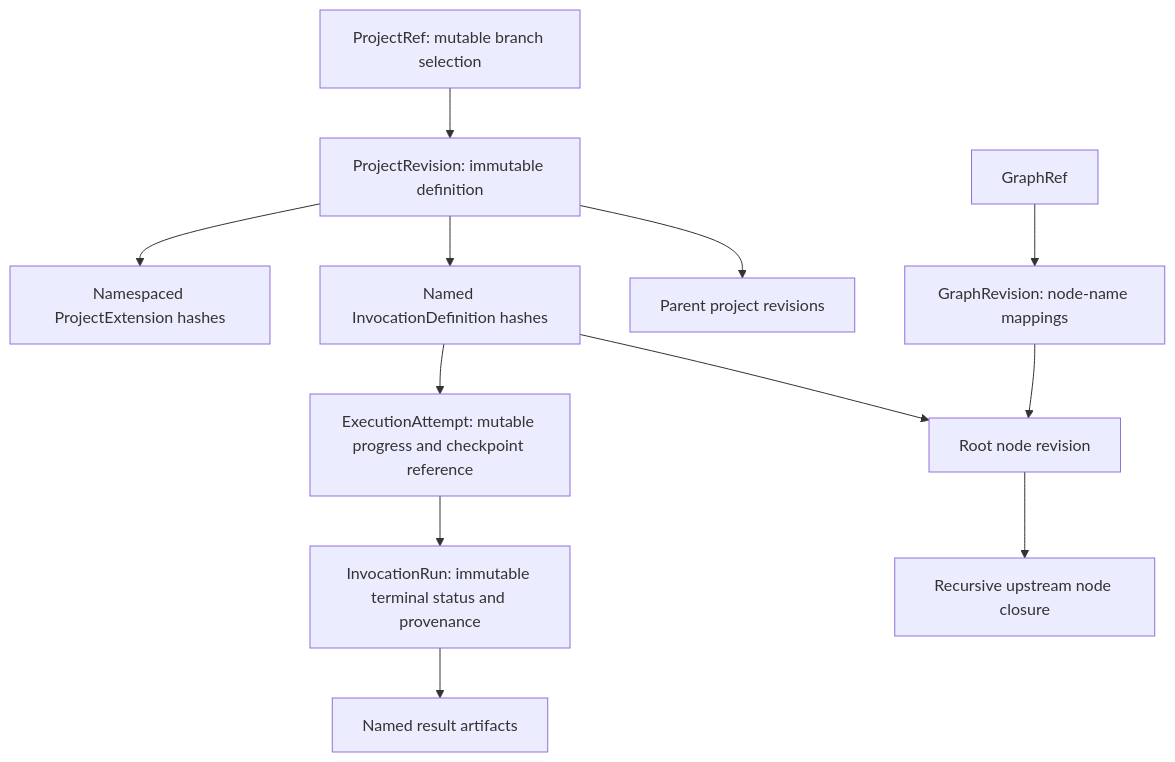
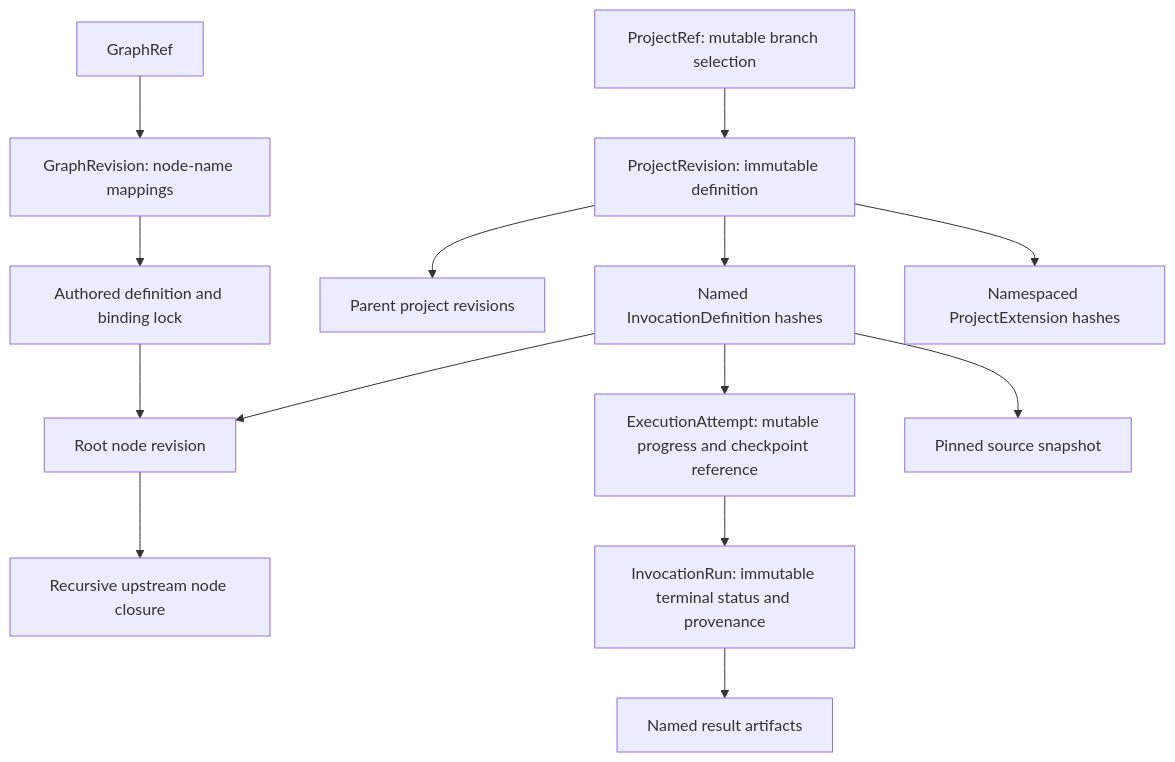
The second of 2 diagrams in public/docs/developer/design-graphs.md (Xyntopia/taskyon), drawn with Mermaid before and after one commit. The commit also changed other lines of this file and 140 other files, not shown here.

First line of the commit message:
feat(comp-dag): add authored source graph compilation

````diff
--- a/public/docs/developer/design-graphs.md
+++ b/public/docs/developer/design-graphs.md
@@ -102,14 +281,16 @@
 ```mermaid
 flowchart TD
   PR[ProjectRef: mutable branch selection] --> P[ProjectRevision: immutable definition]
   P --> Parents[Parent project revisions]
   P --> I[Named InvocationDefinition hashes]
   I --> N[Root node revision]
   N --> U[Recursive upstream node closure]
   P --> E[Namespaced ProjectExtension hashes]
   I --> A[ExecutionAttempt: mutable progress and checkpoint reference]
   A --> R[InvocationRun: immutable terminal status and provenance]
   R --> B[Named result artifacts]
   GR[GraphRef] --> G[GraphRevision: node-name mappings]
-  G --> N
+  G --> L[Authored definition and binding lock]
+  L --> N
+  I --> S[Pinned source snapshot]
 ```
````
